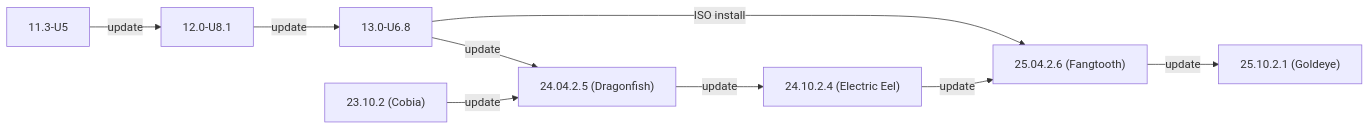
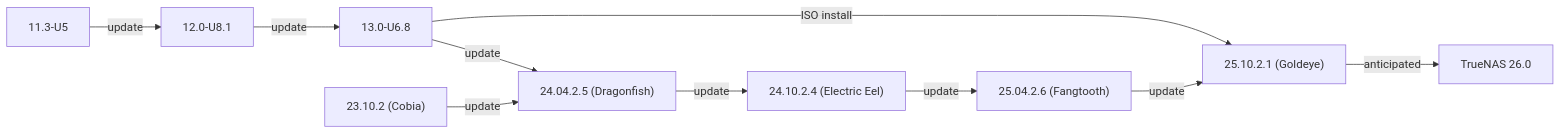
The second of 2 diagrams in static/includes/SCALEUpgradePaths.md (truenas/documentation), drawn with Mermaid before and after one commit. The commit also changed other lines of this file and 1 other file, not shown here.

Commit message:
update upgrade paths

```diff
--- a/static/includes/SCALEUpgradePaths.md
+++ b/static/includes/SCALEUpgradePaths.md
@@ -52,12 +53,13 @@
             {{< mermaid class="mermaid_sizing" >}}
             flowchart LR
               A["11.3-U5"] -->|update| B
               B["12.0-U8.1"] -->|update| C
-              C["13.0-U6.8"] -->|ISO install| G
+              C["13.0-U6.8"] -->|ISO install| H
               C -->|update| E
               D["23.10.2 (Cobia)"] -->|update| E
               E["24.04.2.5 (Dragonfish)"]  -->|update| F
               F["24.10.2.4 (Electric Eel)"] -->|update| G
               G["25.04.2.6 (Fangtooth)"] -->|update| H
-              H["25.10.2.1 (Goldeye)"]
+              H["25.10.2.1 (Goldeye)"] -->|"anticipated"| I
+              I["TrueNAS 26.0"]
             {{< /mermaid >}}
```
